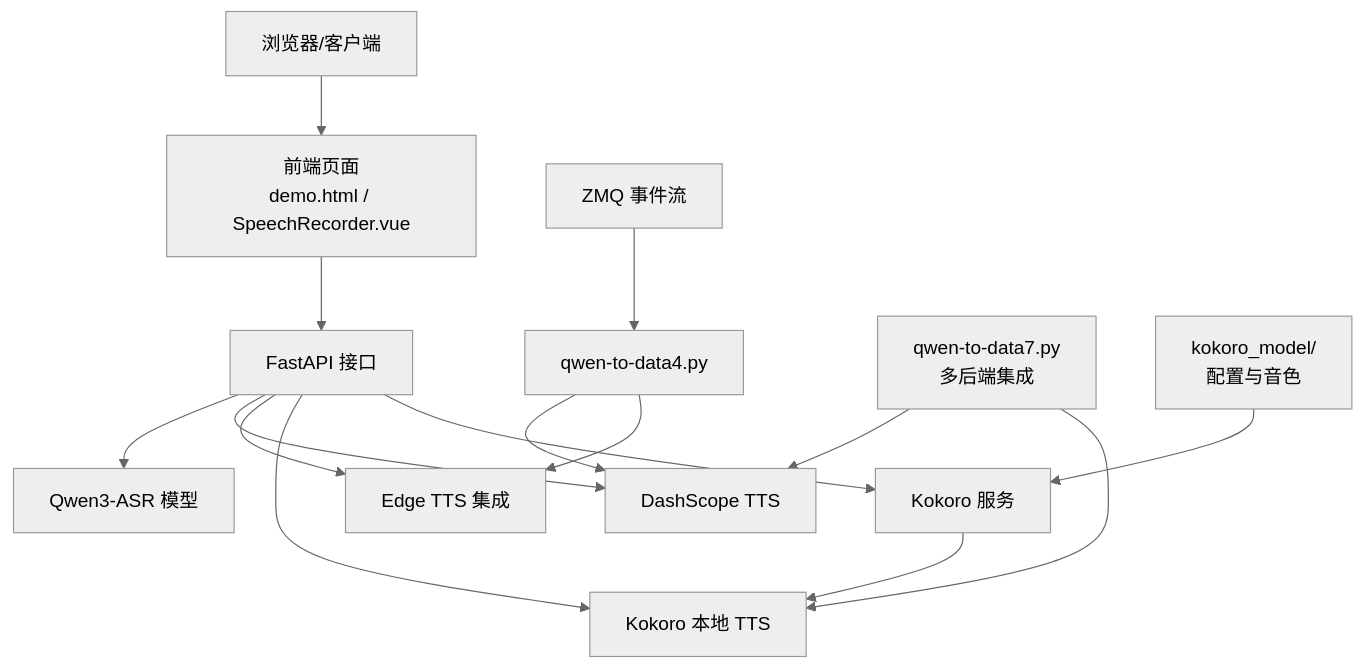
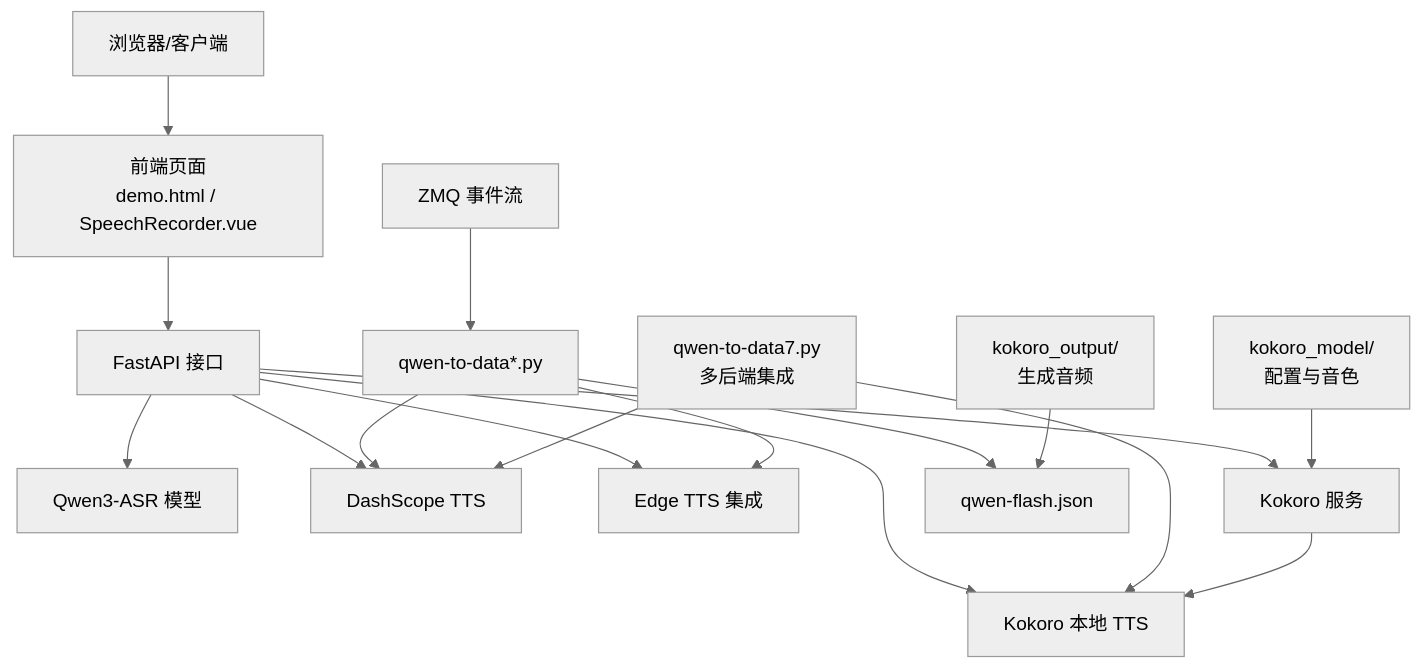
One commit to 1024dashen/Vue3Speech changed the second of 12 diagrams in .qoder/repowiki/zh/content/开发者指南/开发者指南.md. Above: the diagram before and after it, drawn with Mermaid (neutral theme). The commit also changed other lines of this file and 5 other files, not shown here.

````diff
--- a/.qoder/repowiki/zh/content/开发者指南/开发者指南.md
+++ b/.qoder/repowiki/zh/content/开发者指南/开发者指南.md
@@ -145,17 +169,19 @@
 ```mermaid
 graph TB
 Client["浏览器/客户端"] --> FE["前端页面<br/>demo.html / SpeechRecorder.vue"]
 FE --> API["FastAPI 接口"]
 API --> ASR["Qwen3-ASR 模型"]
 API --> TTS["DashScope TTS"]
 API --> Edge["Edge TTS 集成"]
 API --> Kokoro["Kokoro 本地 TTS"]
 API --> KokoServer["Kokoro 服务"]
-ZMQ["ZMQ 事件流"] --> Proc["qwen-to-data4.py"]
-Proc --> TTS
-Proc --> Edge
+ZMQ["ZMQ 事件流"] --> QwenGen["qwen-to-data*.py"]
+QwenGen --> QwenFlash["qwen-flash.json"]
+QwenGen --> TTS
+QwenGen --> Edge
 MultiBackend["qwen-to-data7.py<br/>多后端集成"] --> TTS
 MultiBackend --> Kokoro
 KokoServer --> Kokoro
 KokoModel["kokoro_model/<br/>配置与音色"] --> KokoServer
+KokoOutput["kokoro_output/<br/>生成音频"] --> QwenFlash
 ```
````
